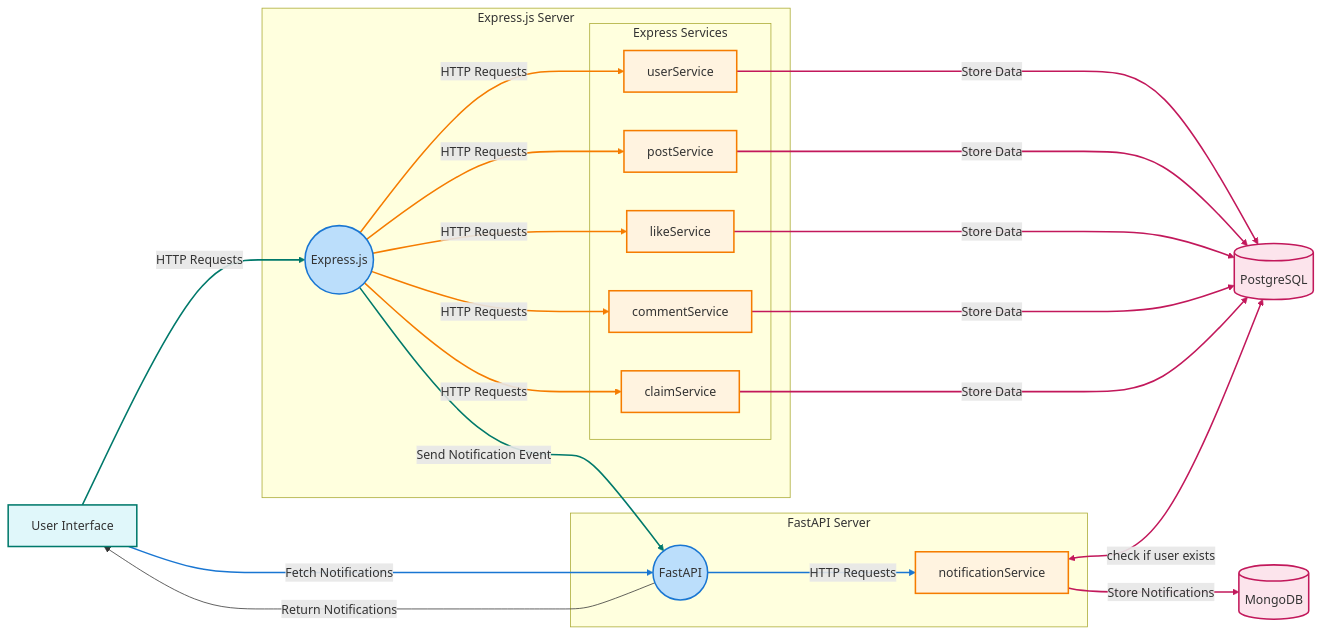
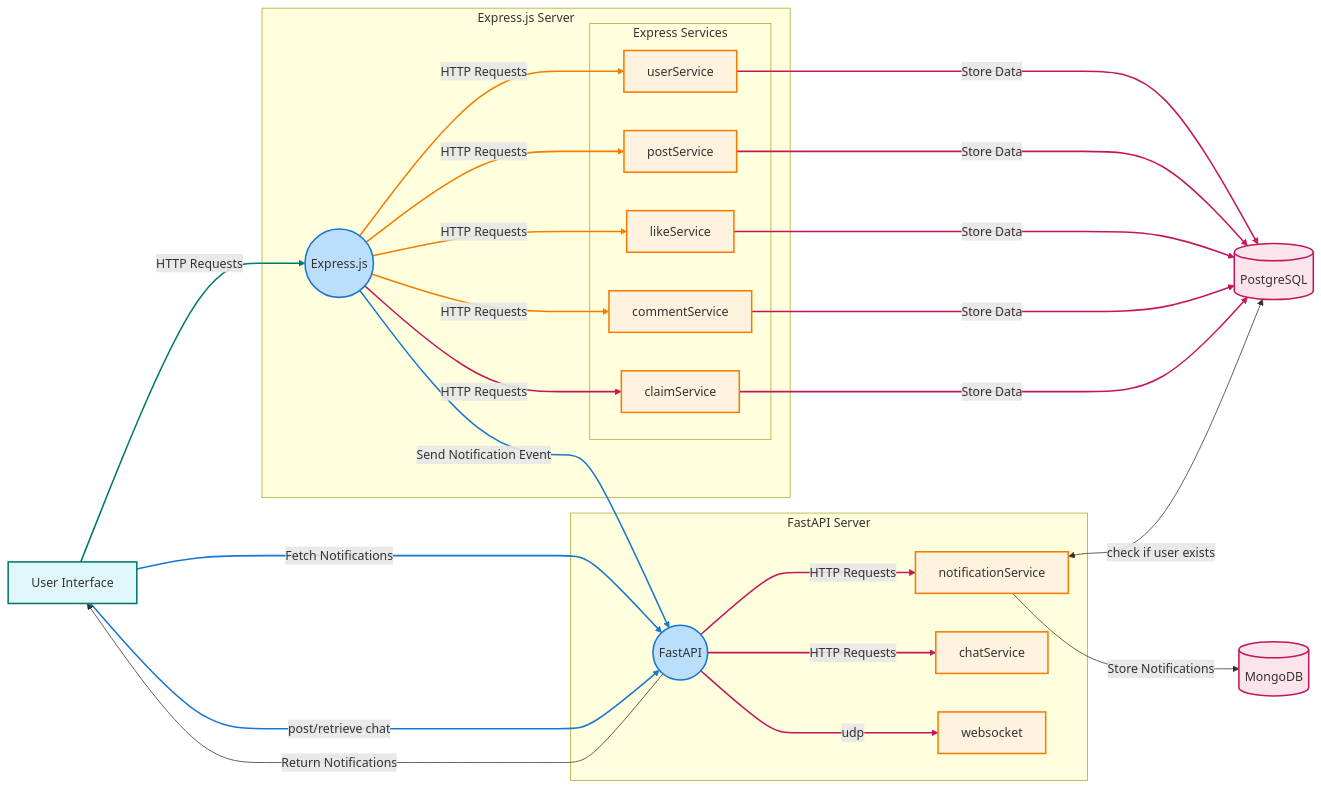
The second of 3 diagrams in README.md (Prasannajaga/food-waste-management), drawn with Mermaid before and after one commit. The commit also changed other lines of this file, not shown here.

````diff
--- a/README.md
+++ b/README.md
@@ -108,52 +108,57 @@
 ```mermaid
     graph LR
     %% Define Components
     A[User Interface]:::ui
     subgraph Express.js Server
         B((Express.js)):::server
         subgraph Express Services
             C[userService]:::service
             D[postService]:::service
             E[likeService]:::service
             F[commentService]:::service
             G[claimService]:::service
         end
     end
     subgraph FastAPI Server
         H((FastAPI)):::server
         I[notificationService]:::service
+        CH[chatService]:::service
+        WS[websocket]:::service
     end
     J[(PostgreSQL)]:::db
     K[(MongoDB)]:::db
 
     %% Connections
     A -->|HTTP Requests| B
     A -->|Fetch Notifications| H
+    A -->|post/retrieve chat| H
     B -->|HTTP Requests| C
     B -->|HTTP Requests| D
     B -->|HTTP Requests| E
     B -->|HTTP Requests| F
     B -->|HTTP Requests| G
     C -->|Store Data| J
     D -->|Store Data| J
     E -->|Store Data| J
     F -->|Store Data| J
     G -->|Store Data| J
     B -->|Send Notification Event| H
     H -->|HTTP Requests| I
+    H -->|HTTP Requests| CH
+    H -->|udp| WS
     I -->|Store Notifications| K
     H -->|Return Notifications| A
     I <-->|check if user exists| J  
 
     %% Styling
     classDef ui fill:#e0f7fa,stroke:#00796b,stroke-width:2px,color:#333333
     classDef server fill:#bbdefb,stroke:#1976d2,stroke-width:2px,color:#333333
     classDef service fill:#fff3e0,stroke:#f57c00,stroke-width:2px,color:#333333
     classDef db fill:#fce4ec,stroke:#c2185b,stroke-width:2px,color:#333333
-    linkStyle 0,12 stroke:#00796b,stroke-width:2px
-    linkStyle 1,13 stroke:#1976d2,stroke-width:2px
-    linkStyle 2,3,4,5,6 stroke:#f57c00,stroke-width:2px
-    linkStyle 7,8,9,10,11,14,16 stroke:#c2185b,stroke-width:2px
+    linkStyle 0 stroke:#00796b,stroke-width:2px
+    linkStyle 1,2,13 stroke:#1976d2,stroke-width:2px
+    linkStyle 3,4,5,6 stroke:#f57c00,stroke-width:2px
+    linkStyle 7,8,9,10,11,14,15,16,12 stroke:#c2185b,stroke-width:2px
 
 
 ```
````
